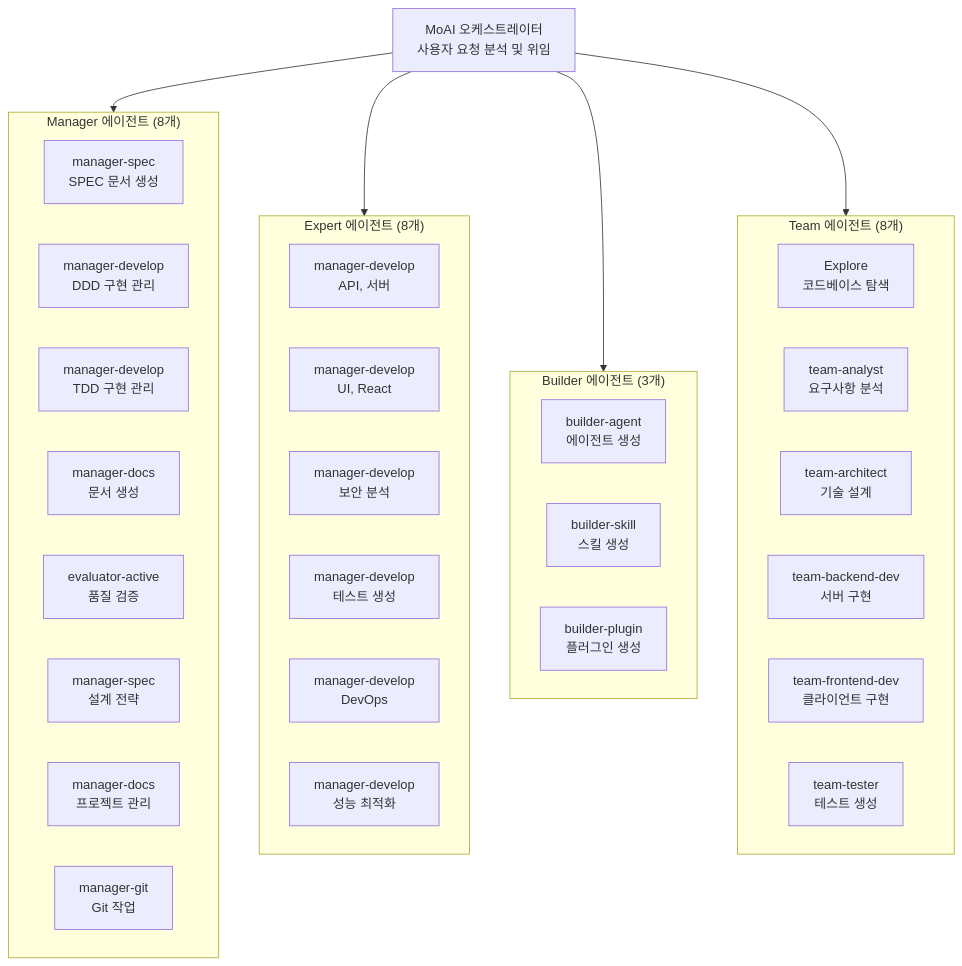
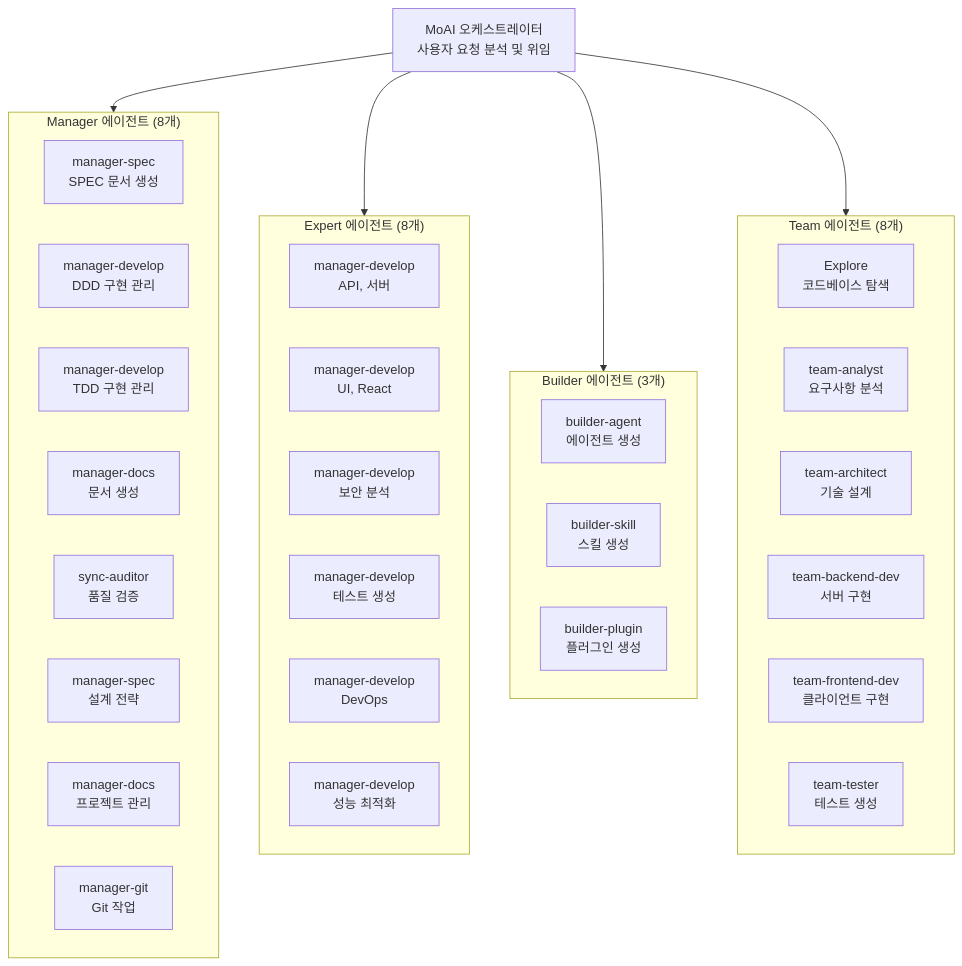
Before and after one commit to modu-ai/moai-adk: the third of 6 diagrams in docs-site/content/ko/core-concepts/what-is-moai-adk.md, drawn with Mermaid. The commit also changed other lines of this file and 149 other files, not shown here.

First line of the commit message:
chore(agents): evaluator-active를 sync-auditor로 rename (plan-auditor phase 대칭)

````diff
--- a/docs-site/content/ko/core-concepts/what-is-moai-adk.md
+++ b/docs-site/content/ko/core-concepts/what-is-moai-adk.md
@@ -237,44 +237,44 @@
 ```mermaid
 flowchart TD
     MoAI["MoAI 오케스트레이터\n사용자 요청 분석 및 위임"]
 
     subgraph Managers["Manager 에이전트 (8개)"]
         M1["manager-spec\nSPEC 문서 생성"]
         M2["manager-develop\nDDD 구현 관리"]
         M3["manager-develop\nTDD 구현 관리"]
         M4["manager-docs\n문서 생성"]
-        M5["evaluator-active\n품질 검증"]
+        M5["sync-auditor\n품질 검증"]
         M6["manager-spec\n설계 전략"]
         M7["manager-docs\n프로젝트 관리"]
         M8["manager-git\nGit 작업"]
     end
 
     subgraph Experts["Expert 에이전트 (8개)"]
         E1["manager-develop\nAPI, 서버"]
         E2["manager-develop\nUI, React"]
         E3["manager-develop\n보안 분석"]
         E4["manager-develop\n테스트 생성"]
         E5["manager-develop\nDevOps"]
         E6["manager-develop\n성능 최적화"]
     end
 
     subgraph Builders["Builder 에이전트 (3개)"]
         B1["builder-agent\n에이전트 생성"]
         B2["builder-skill\n스킬 생성"]
         B3["builder-plugin\n플러그인 생성"]
     end
 
     subgraph Teams["Team 에이전트 (8개)"]
         T1["Explore\n코드베이스 탐색"]
         T2["team-analyst\n요구사항 분석"]
         T3["team-architect\n기술 설계"]
         T4["team-backend-dev\n서버 구현"]
         T5["team-frontend-dev\n클라이언트 구현"]
         T6["team-tester\n테스트 생성"]
     end
 
     MoAI --> Managers
     MoAI --> Experts
     MoAI --> Builders
     MoAI --> Teams
 ```
````
